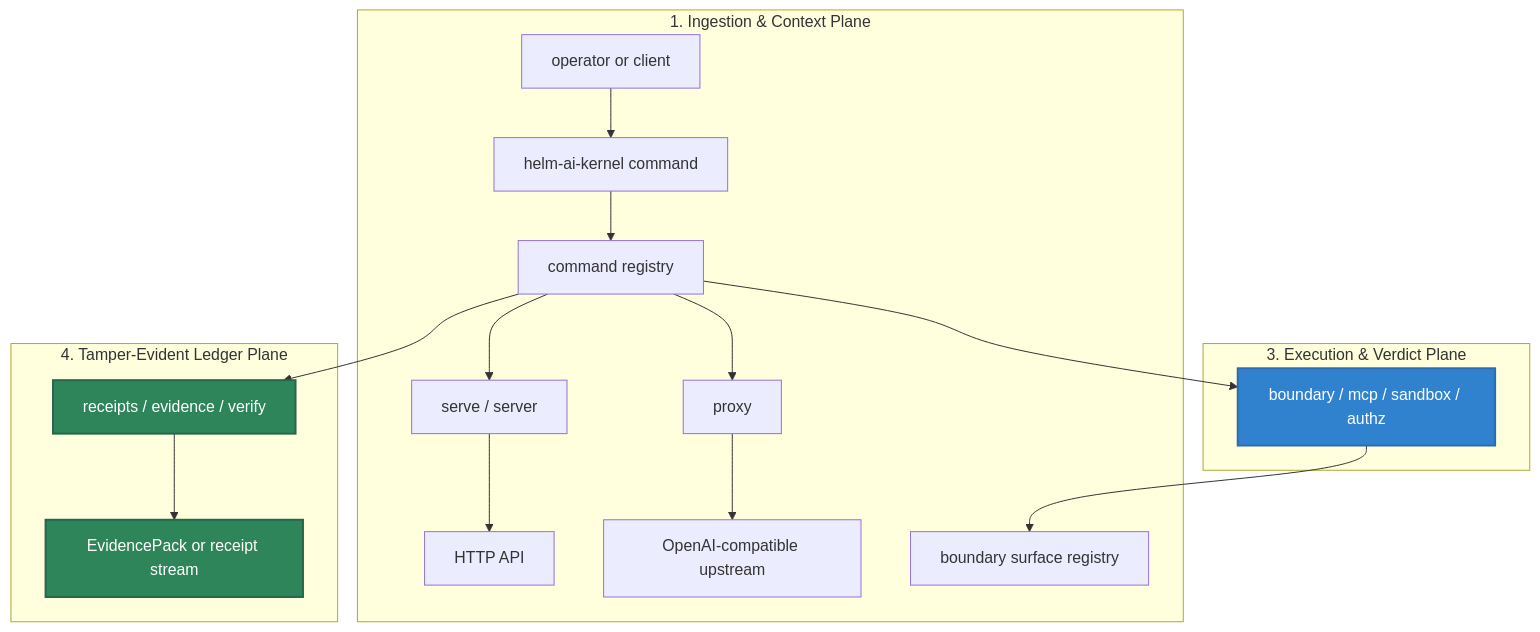
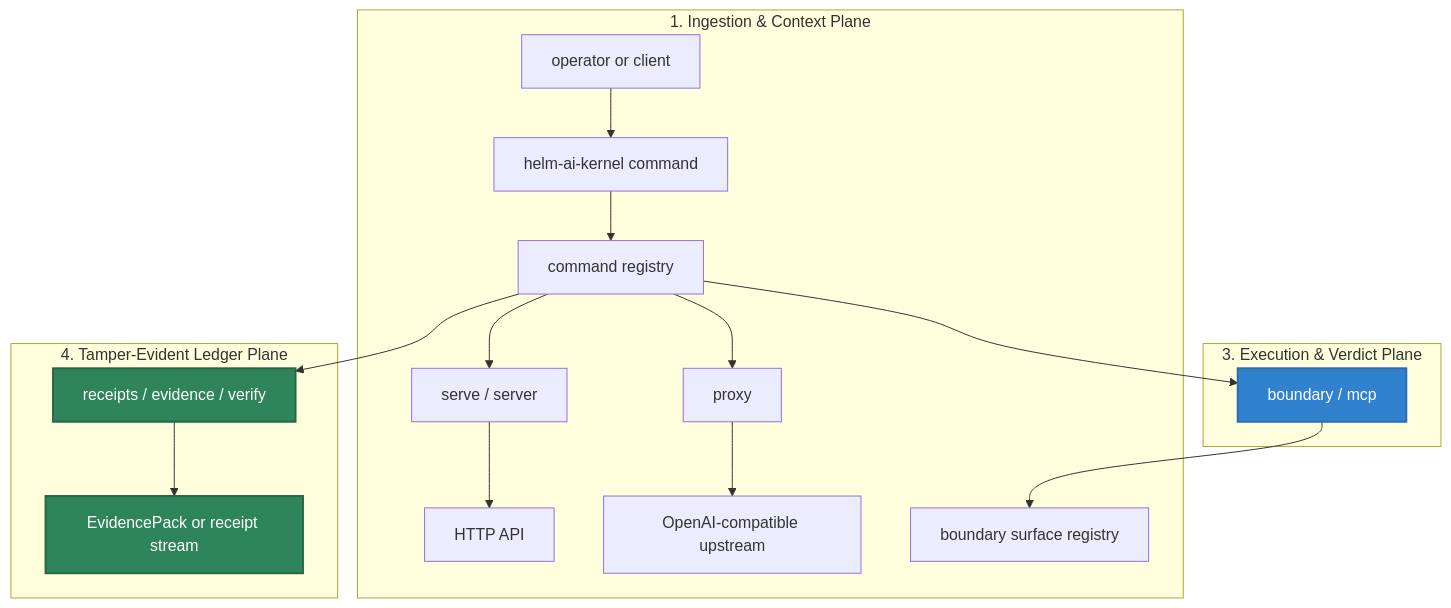
The diagram in docs/reference/cli.md (Mindburn-Labs/helm-ai-kernel), drawn with Mermaid before and after one commit. The commit also changed other lines of this file and 15 other files, not shown here.

````diff
--- a/docs/reference/cli.md
+++ b/docs/reference/cli.md
@@ -24,39 +24,39 @@
 ```mermaid
 flowchart TD
     subgraph Ingestion["1. Ingestion & Context Plane"]
         User["operator or client"]
         CLI["helm-ai-kernel command"]
         Registry["command registry"]
         Server["serve / server"]
         Proxy["proxy"]
         API["HTTP API"]
         Upstream["OpenAI-compatible upstream"]
         State["boundary surface registry"]
     end
 
     subgraph Execution["3. Execution & Verdict Plane"]
-        Boundary["boundary / mcp / sandbox / authz"]
+        Boundary["boundary / mcp"]
     end
 
     subgraph Ledger["4. Tamper-Evident Ledger Plane"]
         Evidence["receipts / evidence / verify"]
         Pack["EvidencePack or receipt stream"]
     end
 
     %% Operational Flow Edges
     User --> CLI
     CLI --> Registry
     Registry --> Server
     Registry --> Proxy
     Registry --> Boundary
     Registry --> Evidence
     Server --> API
     Proxy --> Upstream
     Boundary --> State
     Evidence --> Pack
 
     %% Premium Styling Rules
     style Boundary fill:#3182ce,stroke:#2b6cb0,stroke-width:2px,color:#fff
     style Evidence fill:#2f855a,stroke:#276749,stroke-width:2px,color:#fff
     style Pack fill:#2f855a,stroke:#276749,stroke-width:2px,color:#fff
 ```
````
